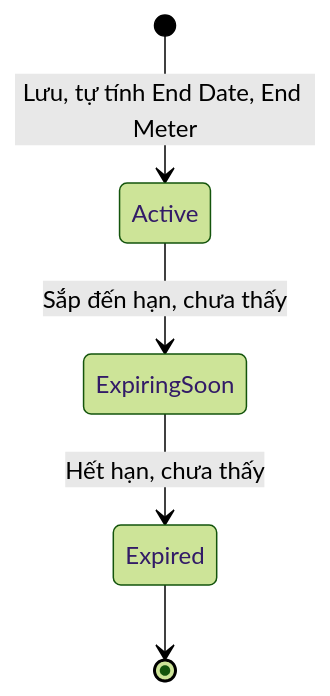
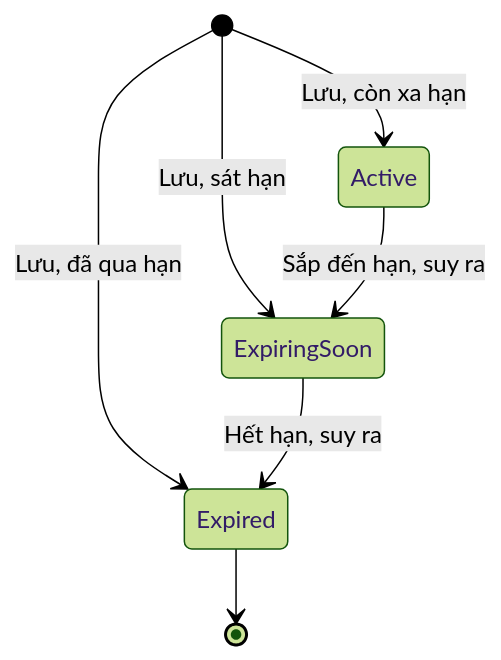
Before and after one commit to szitphan/invlogis: the eighth of 9 diagrams in docs/_research/fleetio/srs/fleetio-repair-states.md, drawn with Mermaid (forest theme). The commit also changed other lines of this file and 113 other files, not shown here.

````diff
--- a/docs/_research/fleetio/srs/fleetio-repair-states.md
+++ b/docs/_research/fleetio/srs/fleetio-repair-states.md
@@ -209,7 +223,9 @@
 ```mermaid
 stateDiagram-v2
-    [*] --> Active: Lưu, tự tính End Date, End Meter
-    Active --> ExpiringSoon: Sắp đến hạn, chưa thấy
-    ExpiringSoon --> Expired: Hết hạn, chưa thấy
+    [*] --> Active: Lưu, còn xa hạn
+    [*] --> ExpiringSoon: Lưu, sát hạn
+    [*] --> Expired: Lưu, đã qua hạn
+    Active --> ExpiringSoon: Sắp đến hạn, suy ra
+    ExpiringSoon --> Expired: Hết hạn, suy ra
     Expired --> [*]
 ```
````
